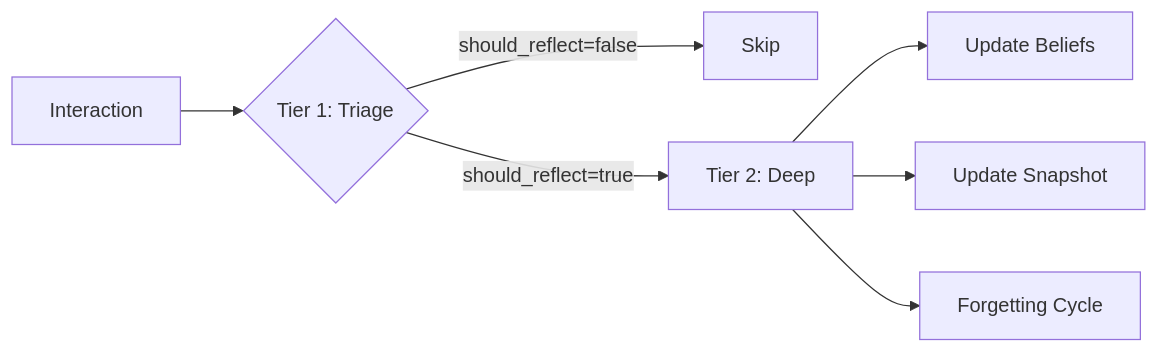
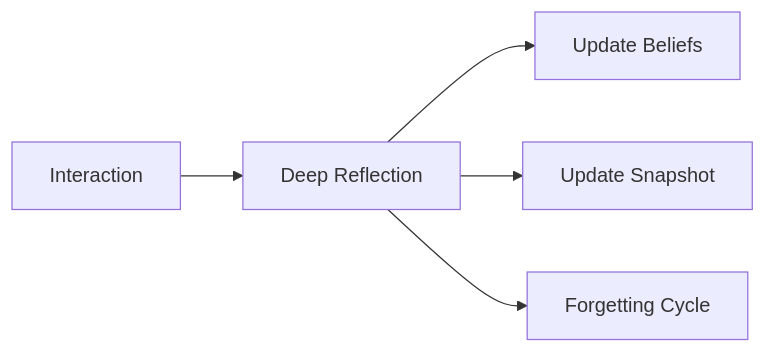
Before and after one commit to Okm165/Sonality: the diagram in docs/concepts/reflection.md, drawn with Mermaid. The commit also changed other lines of this file and 15 other files, not shown here.

````diff
--- a/docs/concepts/reflection.md
+++ b/docs/concepts/reflection.md
@@ -7,9 +7,7 @@
 ```mermaid
 flowchart LR
-    Interaction --> Triage{Tier 1: Triage}
-    Triage -->|should_reflect=false| Skip[Skip]
-    Triage -->|should_reflect=true| Deep[Tier 2: Deep]
+    Interaction --> Deep[Deep Reflection]
     Deep --> Beliefs[Update Beliefs]
     Deep --> Snapshot[Update Snapshot]
     Deep --> Forget[Forgetting Cycle]
 ```
````
